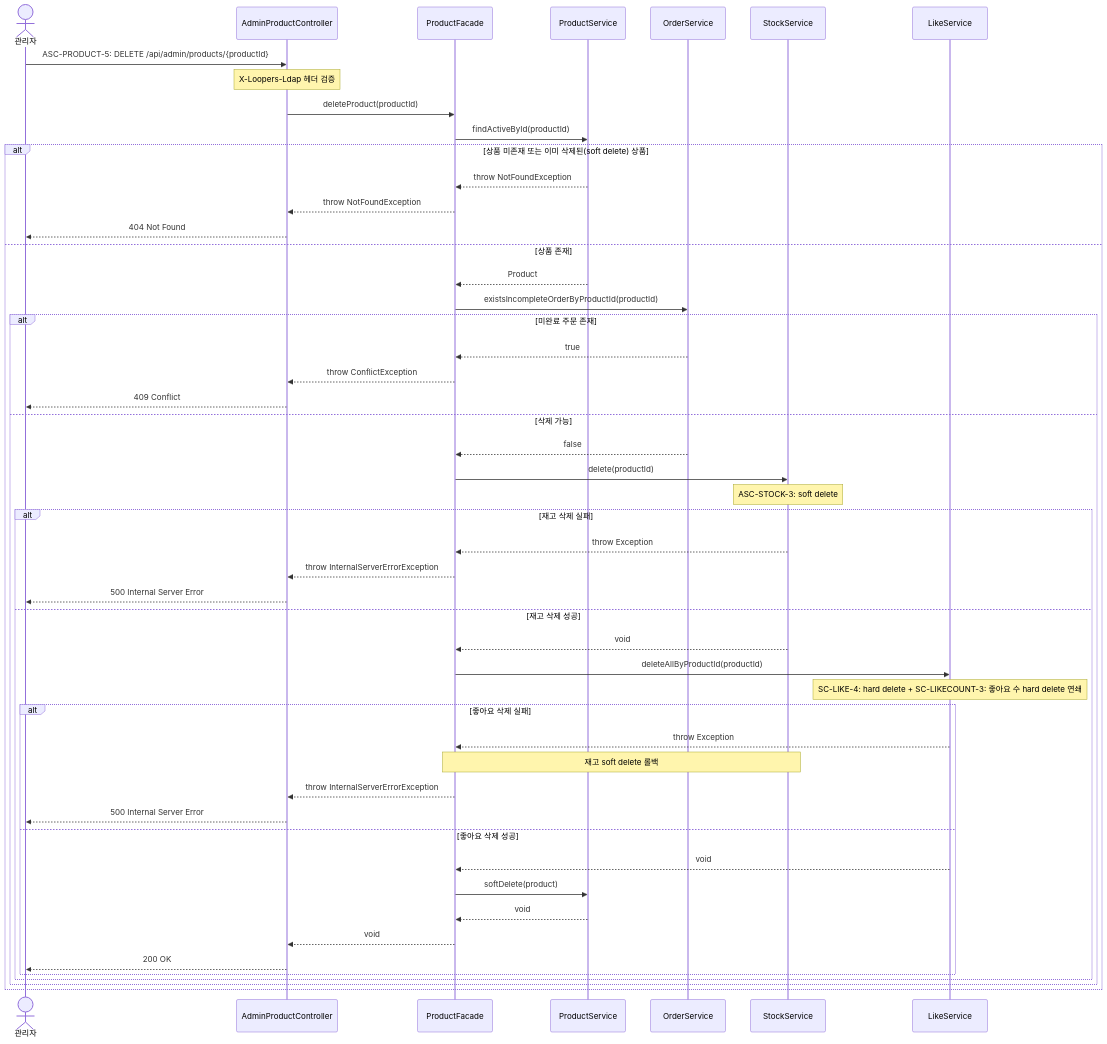
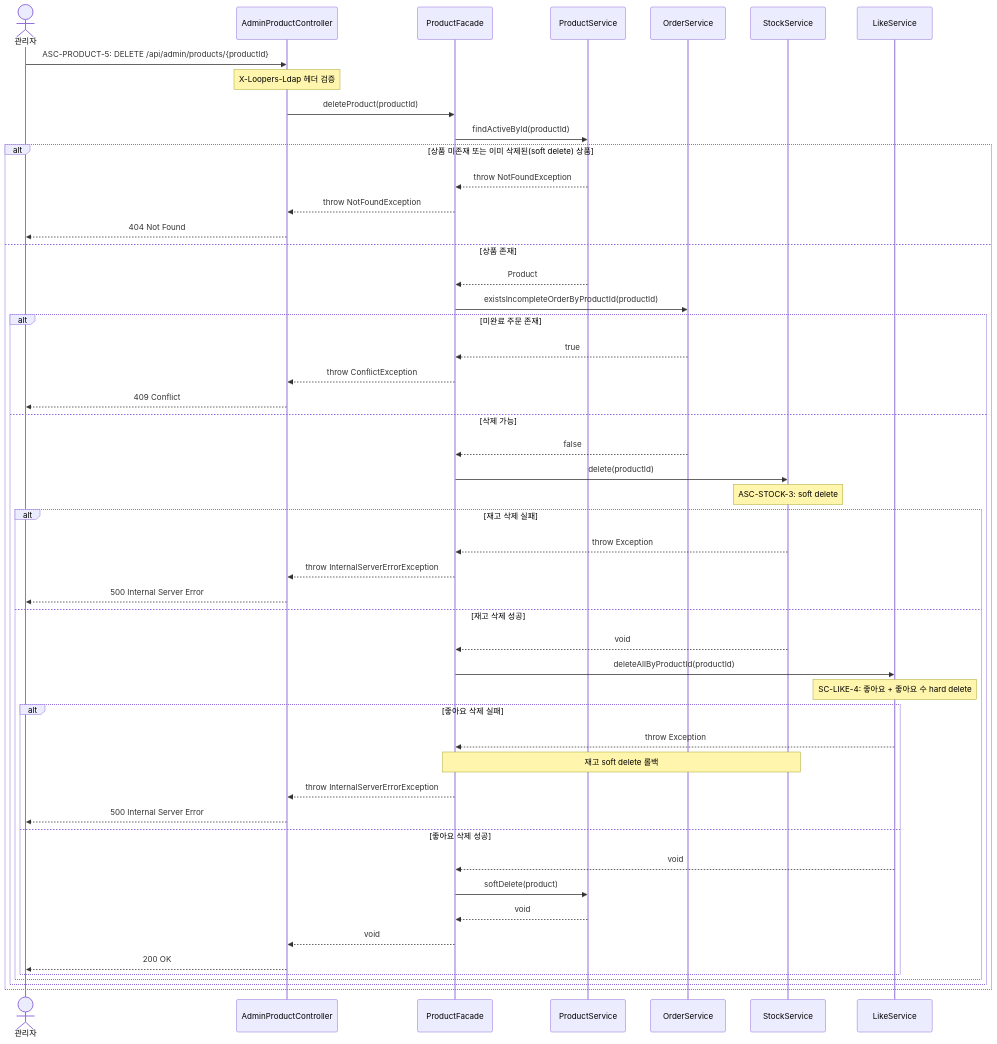
Diagram 19 of 38 in docs/02-sequence-diagrams.md (loopers-labs/loop-pack-be-l2-vol4-kotlin), drawn with Mermaid before and after one commit. The commit also changed other lines of this file and 3 other files, not shown here.

````diff
--- a/docs/02-sequence-diagrams.md
+++ b/docs/02-sequence-diagrams.md
@@ -606,55 +597,55 @@
 ```mermaid
 sequenceDiagram
     actor Admin as 관리자
     participant Controller as AdminProductController
     participant Facade as ProductFacade
     participant ProductService as ProductService
     participant OrderService as OrderService
     participant StockService as StockService
     participant LikeService as LikeService
 
     Admin->>Controller: ASC-PRODUCT-5: DELETE /api/admin/products/{productId}
     Note over Controller: X-Loopers-Ldap 헤더 검증
 
     Controller->>Facade: deleteProduct(productId)
     Facade->>ProductService: findActiveById(productId)
 
     alt 상품 미존재 또는 이미 삭제된(soft delete) 상품
         ProductService-->>Facade: throw NotFoundException
         Facade-->>Controller: throw NotFoundException
         Controller-->>Admin: 404 Not Found
     else 상품 존재
         ProductService-->>Facade: Product
         Facade->>OrderService: existsIncompleteOrderByProductId(productId)
         alt 미완료 주문 존재
             OrderService-->>Facade: true
             Facade-->>Controller: throw ConflictException
             Controller-->>Admin: 409 Conflict
         else 삭제 가능
             OrderService-->>Facade: false
             Facade->>StockService: delete(productId)
             Note over StockService: ASC-STOCK-3: soft delete
             alt 재고 삭제 실패
                 StockService-->>Facade: throw Exception
                 Facade-->>Controller: throw InternalServerErrorException
                 Controller-->>Admin: 500 Internal Server Error
             else 재고 삭제 성공
                 StockService-->>Facade: void
                 Facade->>LikeService: deleteAllByProductId(productId)
-                Note over LikeService: SC-LIKE-4: hard delete + SC-LIKECOUNT-3: 좋아요 수 hard delete 연쇄
+                Note over LikeService: SC-LIKE-4: 좋아요 + 좋아요 수 hard delete
                 alt 좋아요 삭제 실패
                     LikeService-->>Facade: throw Exception
                     Note over Facade,StockService: 재고 soft delete 롤백
                     Facade-->>Controller: throw InternalServerErrorException
                     Controller-->>Admin: 500 Internal Server Error
                 else 좋아요 삭제 성공
                     LikeService-->>Facade: void
                     Facade->>ProductService: softDelete(product)
                     ProductService-->>Facade: void
                     Facade-->>Controller: void
                     Controller-->>Admin: 200 OK
                 end
             end
         end
     end
 ```
````
